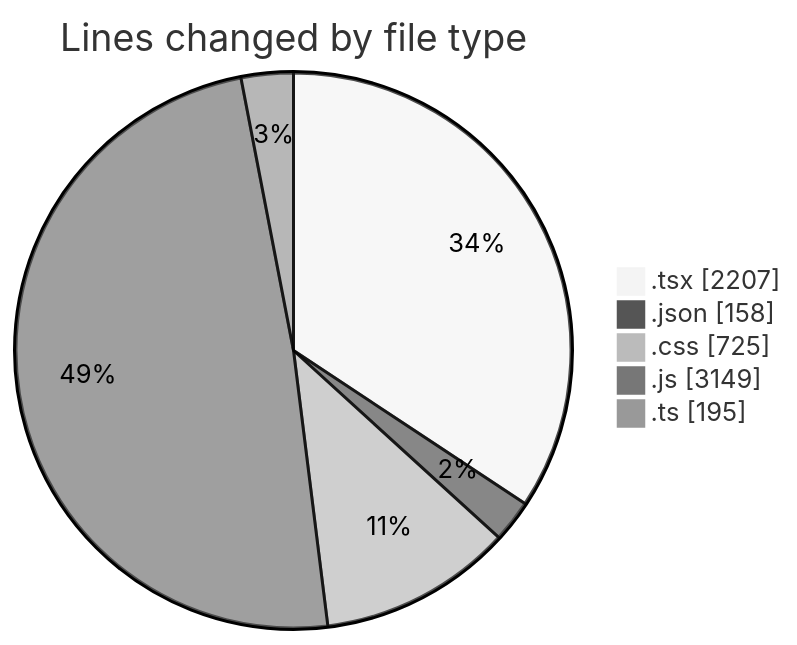
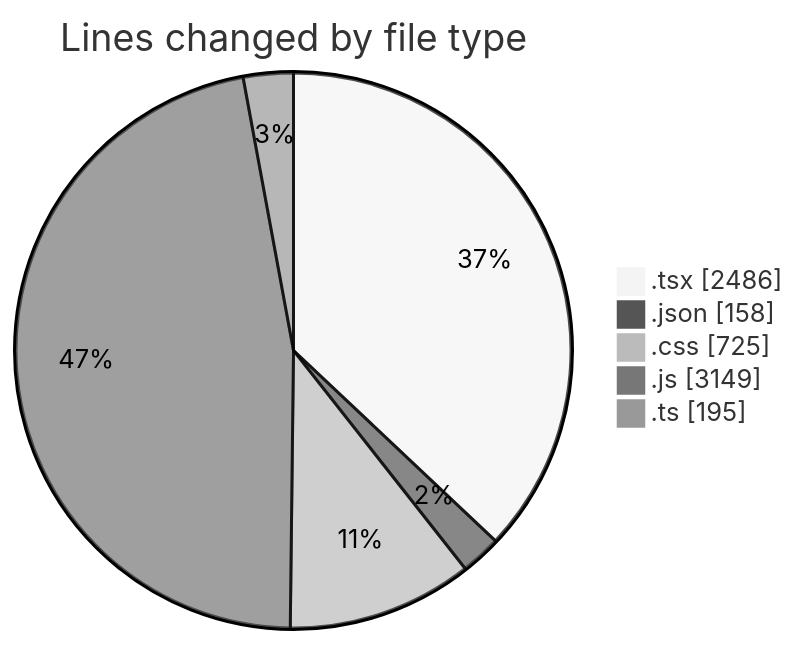
The first of 2 diagrams in 2025-05-15/laala_boost/README.md (Elitesun/code-tracking), drawn with Mermaid (neutral theme) before and after one commit. The commit also changed other lines of this file and 1 other file, not shown here.

````diff
--- a/2025-05-15/laala_boost/README.md
+++ b/2025-05-15/laala_boost/README.md
@@ -38,9 +39,9 @@
 ```mermaid
 pie showData
 title Lines changed by file type
-".tsx" : 2207
+".tsx" : 2486
 ".json" : 158
 ".css" : 725
 ".js" : 3149
 ".ts" : 195
 ```
````
